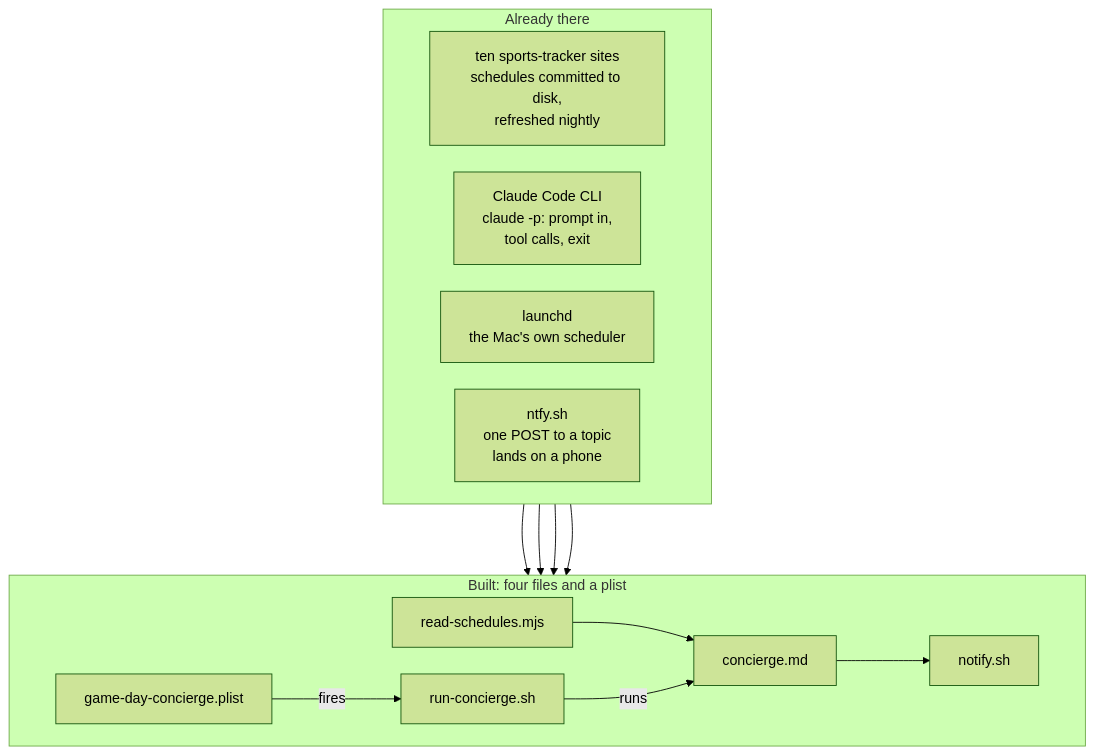
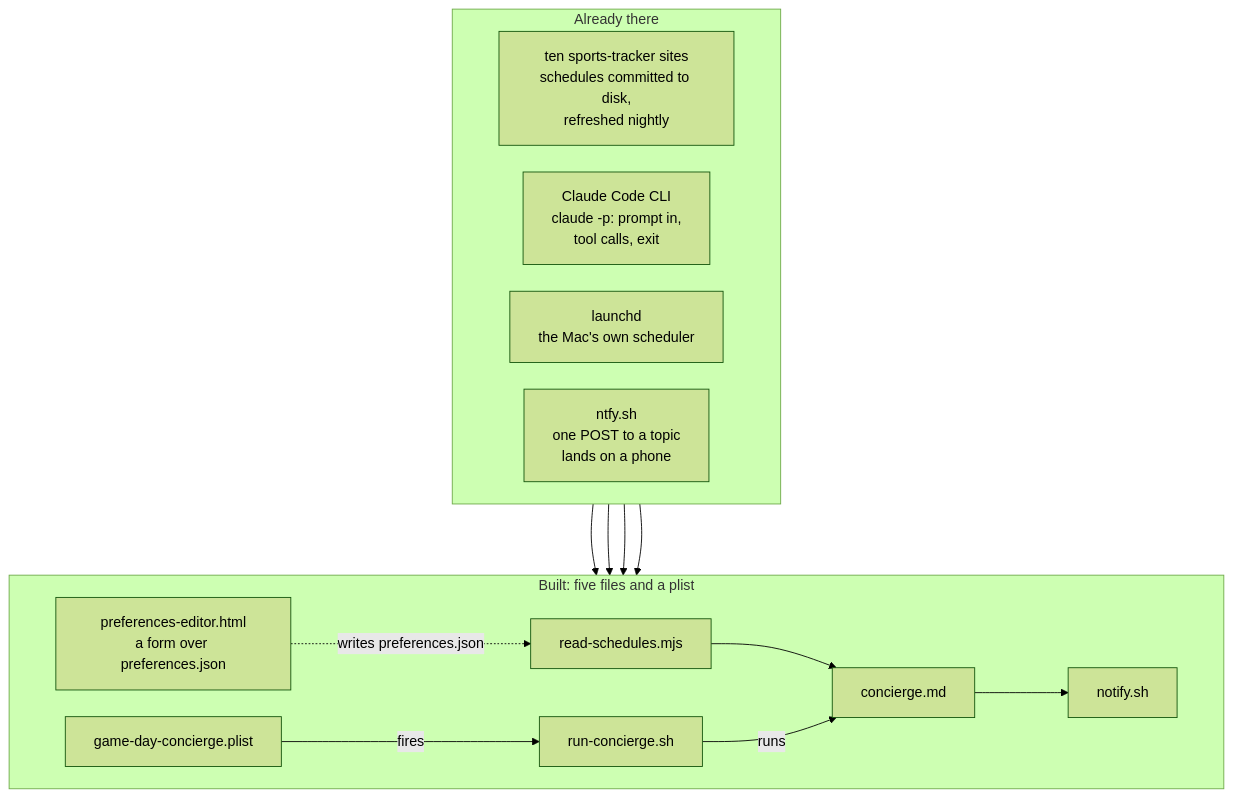
The first of 2 diagrams in HOW-IT-FITS-TOGETHER.md (ismayc/never-miss-a-game), drawn with Mermaid (forest theme) before and after one commit. The commit also changed other lines of this file and 5 other files, not shown here.

First line of the commit message:
Docs: the preferences form named wherever preferences.json is discussed

````diff
--- a/HOW-IT-FITS-TOGETHER.md
+++ b/HOW-IT-FITS-TOGETHER.md
@@ -7,26 +7,28 @@
 ```mermaid
 %%{init: {"flowchart": {"nodeSpacing": 30, "rankSpacing": 80, "padding": 16}}}%%
 flowchart TB
     subgraph had["Already there"]
         direction LR
         h1["ten sports-tracker sites<br/>schedules committed to disk,<br/>refreshed nightly"]
         h2["Claude Code CLI<br/>claude -p: prompt in,<br/>tool calls, exit"]
         h3["launchd<br/>the Mac's own scheduler"]
         h4["ntfy.sh<br/>one POST to a topic<br/>lands on a phone"]
     end
-    subgraph built["Built: four files and a plist"]
+    subgraph built["Built: five files and a plist"]
         direction LR
+        b6["preferences-editor.html<br/>a form over preferences.json"]
         b1["read-schedules.mjs"]
         b2["concierge.md"]
         b3["notify.sh"]
         b4["run-concierge.sh"]
         b5["game-day-concierge.plist"]
     end
     h1 --> b1
+    b6 -. "writes preferences.json" .-> b1
     h2 --> b4
     h3 --> b5
     h4 --> b3
     b1 --> b2 --> b3
     b4 -- "runs" --> b2
     b5 -- "fires" --> b4
 ```
````
